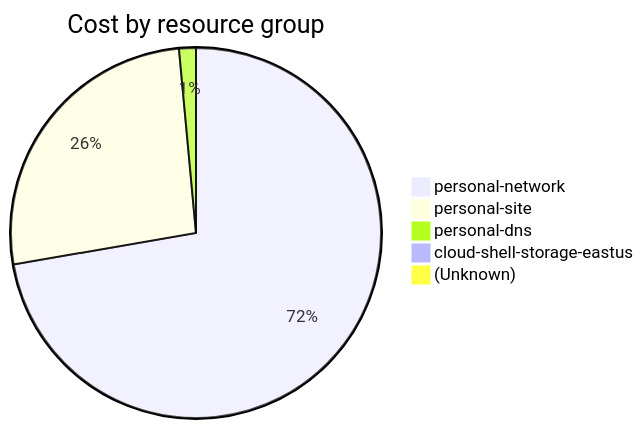
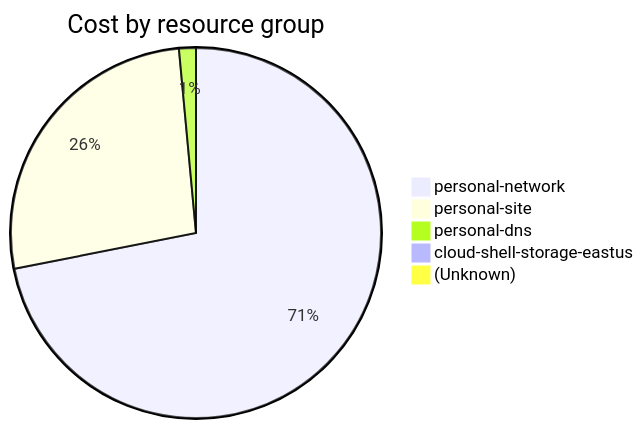
One commit to jpfulton/azure-personal-reports changed the fourth of 4 diagrams in cost-reports/accumulated-cost.md. Above: the diagram before and after it, drawn with Mermaid. The commit also changed other lines of this file and 4 other files, not shown here.

````diff
--- a/cost-reports/accumulated-cost.md
+++ b/cost-reports/accumulated-cost.md
@@ -155,9 +155,9 @@
 ```mermaid
 pie
    title Cost by resource group
-   "personal-network" : 11.32
-   "personal-site" : 4.11
-   "personal-dns" : 0.23
-   "cloud-shell-storage-eastus" : 0.07
-   "(Unknown)" : 0.06
+   "personal-network" : 12.69
+   "personal-site" : 4.70
+   "personal-dns" : 0.26
+   "cloud-shell-storage-eastus" : 0.08
+   "(Unknown)" : 0.07
 ```
````
